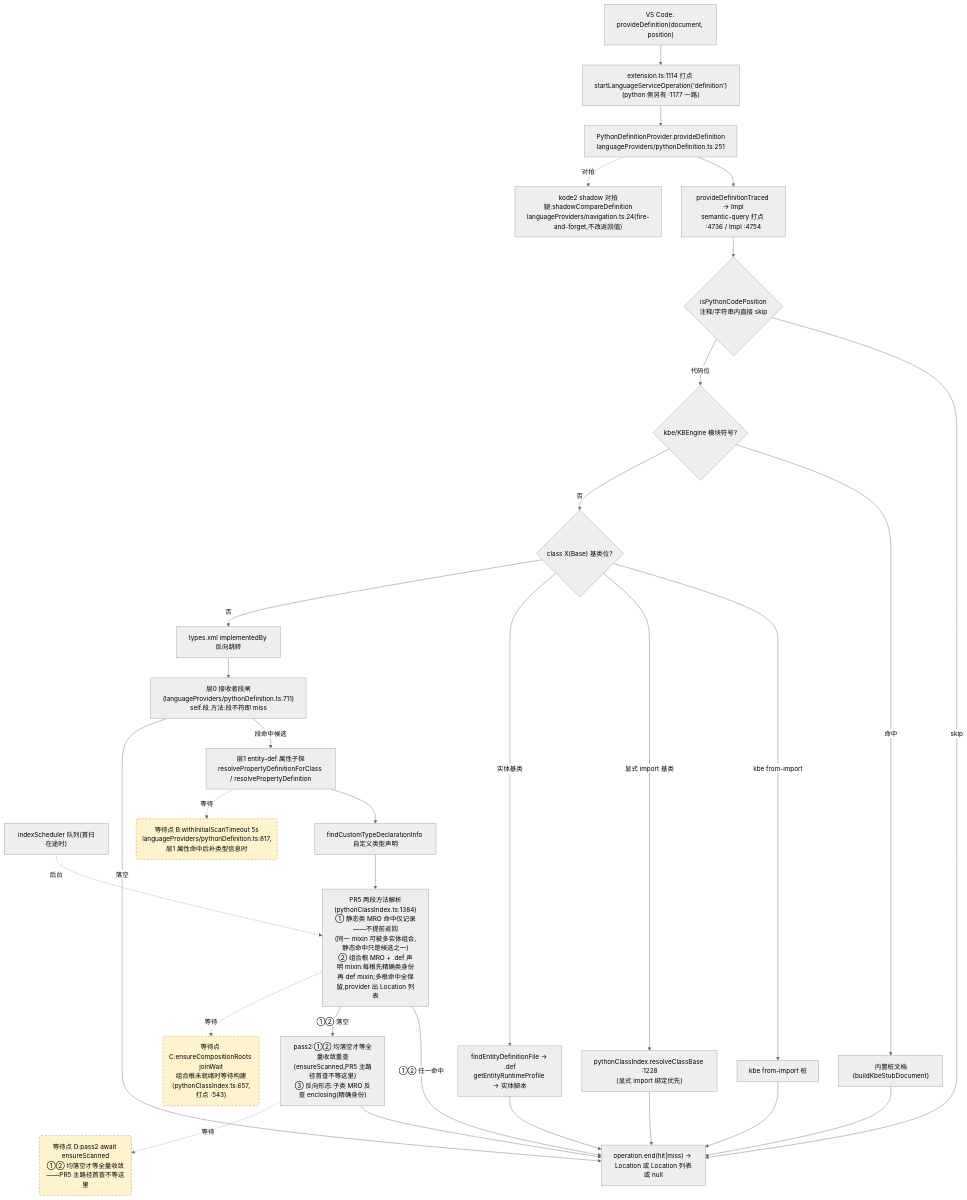
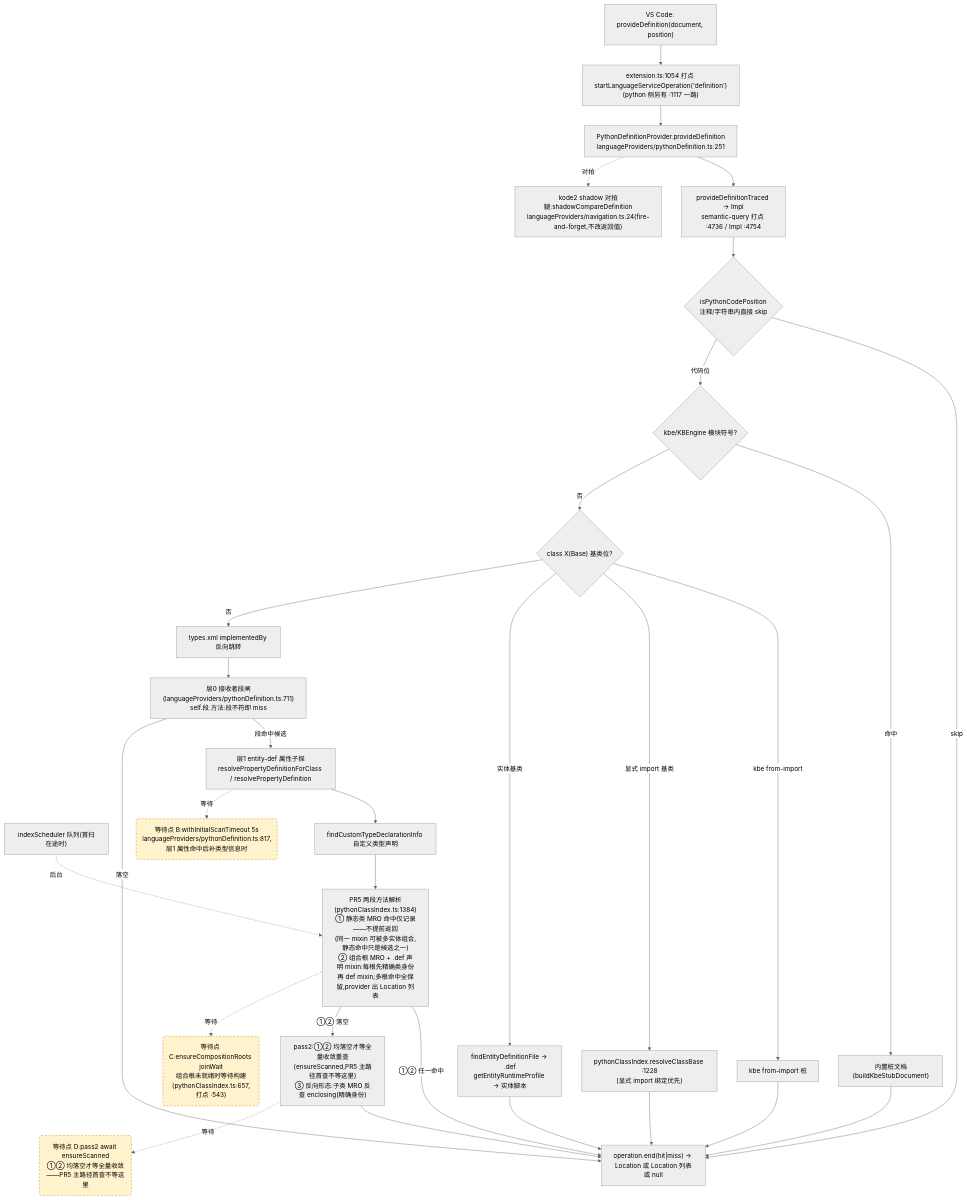
Before and after one commit to cuihairu/kode: the second of 4 diagrams in docs/perf/2026-baseline.md, drawn with Mermaid (neutral theme). The commit also changed other lines of this file and 5 other files, not shown here.

````diff
--- a/docs/perf/2026-baseline.md
+++ b/docs/perf/2026-baseline.md
@@ -130,51 +130,51 @@
 ```mermaid
 flowchart TD
   VC2["VS Code: provideDefinition(document, position)"]
-  M2["extension.ts:1114 打点 startLanguageServiceOperation('definition')<br/>(python 侧另有 :1177 一路)"]
+  M2["extension.ts:1054 打点 startLanguageServiceOperation('definition')<br/>(python 侧另有 :1117 一路)"]
   AD2["PythonDefinitionProvider.provideDefinition<br/>languageProviders/pythonDefinition.ts:251"]
   TR["provideDefinitionTraced → Impl<br/>semantic-query 打点 :4736 / Impl :4754"]
   CTX{"isPythonCodePosition<br/>注释/字符串内直接 skip"}
   KBE{"kbe/KBEngine 模块符号?"}
   STUB["内置桩文档(buildKbeStubDocument)"]
   CB{"class X(Base) 基类位?"}
   CB1["kbe from-import 桩"]
   CB2["pythonClassIndex.resolveClassBase :1228<br/>(显式 import 绑定优先)"]
   CB3["findEntityDefinitionFile → .def<br/>getEntityRuntimeProfile → 实体脚本"]
   REV["types.xml implementedBy 反向跳转"]
   L0["层0 接收者段闸(languageProviders/pythonDefinition.ts:711)<br/>self.段.方法:段不符即 miss"]
   L1["层1 entity-def 属性子探<br/>resolvePropertyDefinitionForClass / resolvePropertyDefinition"]
   SCAN["indexScheduler 队列(首扫在途时)"]
   TY["findCustomTypeDeclarationInfo 自定义类型声明"]
   MRO["PR5 两段方法解析(pythonClassIndex.ts:1384)<br/>① 静态类 MRO 命中仅记录——不提前返回<br/>(同一 mixin 可被多实体组合,静态命中只是候选之一)<br/>② 组合根 MRO + .def 声明 mixin:每根先精确类身份<br/>再 def mixin;多根命中全保留,provider 出 Location 列表"]
   PASS2["pass2:①② 均落空才等全量收敛重查<br/>(ensureScanned,PR5 主路径首查不等这里)<br/>③ 反向形态:子类 MRO 反查 enclosing(精确身份)"]
   SHD["kode2 shadow 对拍腿:shadowCompareDefinition<br/>languageProviders/navigation.ts:24(fire-and-forget,不改返回值)"]
   END2["operation.end(hit|miss) → Location 或 Location 列表或 null"]
 
   VC2 --> M2 --> AD2 --> TR --> CTX
   CTX -- "skip" --> END2
   CTX -- "代码位" --> KBE
   KBE -- "命中" --> STUB --> END2
   KBE -- "否" --> CB
   CB -- "kbe from-import" --> CB1 --> END2
   CB -- "显式 import 基类" --> CB2 --> END2
   CB -- "实体基类" --> CB3 --> END2
   CB -- "否" --> REV --> L0
   L0 -- "段命中候选" --> L1
   L0 -- "落空" --> END2
   L1 --> TY
   TY --> MRO
   MRO -- "①② 任一命中" --> END2
   MRO -- "①② 落空" --> PASS2 --> END2
   AD2 -.->|对拍| SHD
 
   WAITB("等待点 B:withInitialScanTimeout 5s<br/>languageProviders/pythonDefinition.ts:817,层1 属性命中后补类型信息时")
   WAITC("等待点 C:ensureCompositionRoots joinWait<br/>组合根未就绪时等待构建(pythonClassIndex.ts:657,打点 :543)")
   WAITD("等待点 D:pass2 await ensureScanned<br/>①② 均落空才等全量收敛——PR5 主路径首查不等这里")
   L1 -.->|等待| WAITB
   MRO -.->|等待| WAITC
   PASS2 -.->|等待| WAITD
   SCAN -.->|后台| MRO
 
   classDef waitPoint fill:#fff3cd,stroke:#d97706,stroke-dasharray:5 4;
   class WAITB,WAITC,WAITD waitPoint;
 ```
````
